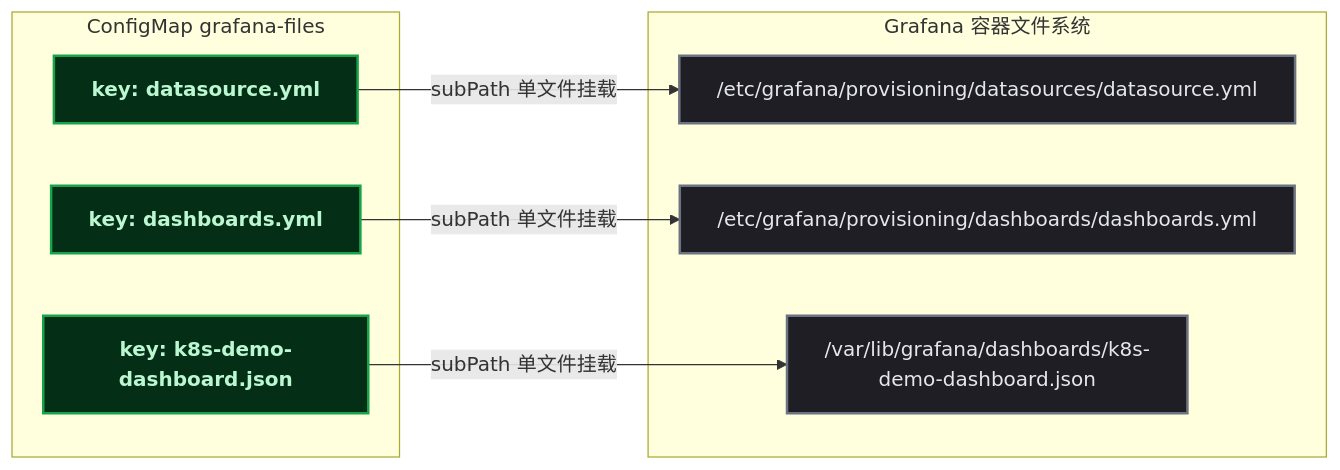
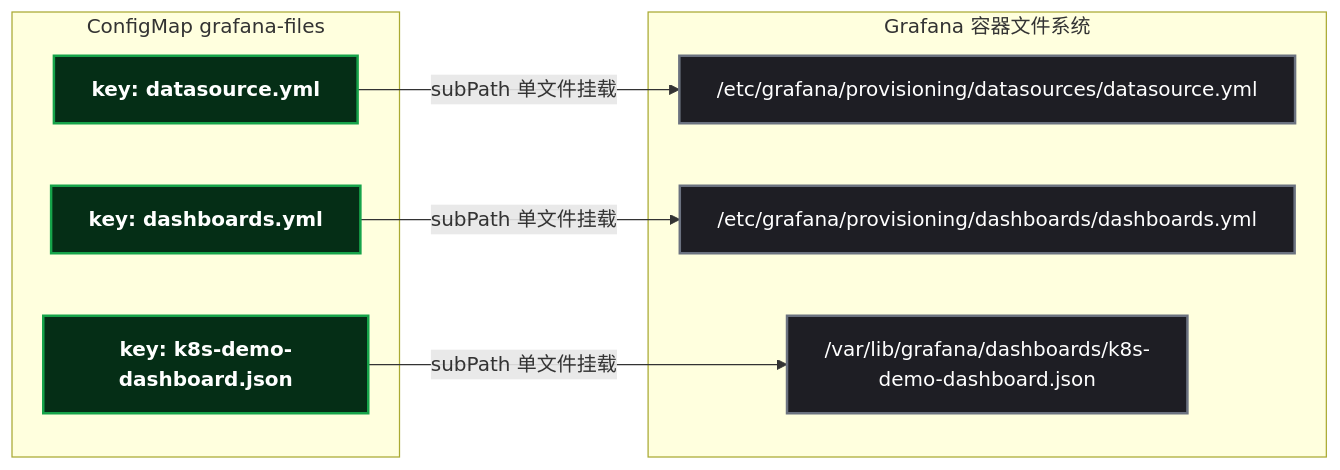
Before and after one commit to yaocat55/yaocat55.github.io: the third of 3 diagrams in content/posts/kubernetes/K8sObservabilityPractice.md, drawn with Mermaid. The commit also changed other lines of this file and 27 other files, not shown here.

Commit message:
docs: 全系列 93 张 Mermaid 图 classDef 改为 style 强制深底白字(修复部分渲染器白底浅字)+历史文件格式清理

````diff
--- a/content/posts/kubernetes/K8sObservabilityPractice.md
+++ b/content/posts/kubernetes/K8sObservabilityPractice.md
@@ -484,24 +481,25 @@
 ```mermaid
 %% 正解: 同一个 ConfigMap, subPath 逐个挂到目标子目录
 flowchart LR
-    classDef data fill:#052e16,stroke:#16a34a,stroke-width:2px,color:#bbf7d0,font-weight:bold;
-    classDef process fill:#1e1e24,stroke:#6b7280,stroke-width:2px,color:#e5e7eb;
 
     subgraph CM["ConfigMap grafana-files"]
         K1["key: datasource.yml"]
         K2["key: dashboards.yml"]
         K3["key: k8s-demo-dashboard.json"]
     end
     subgraph VOL["Grafana 容器文件系统"]
         D1["/etc/grafana/provisioning/datasources/datasource.yml"]
         D2["/etc/grafana/provisioning/dashboards/dashboards.yml"]
         D3["/var/lib/grafana/dashboards/k8s-demo-dashboard.json"]
     end
 
     K1 -->|"subPath 单文件挂载"| D1
     K2 -->|"subPath 单文件挂载"| D2
     K3 -->|"subPath 单文件挂载"| D3
-
-    class K1,K2,K3 data;
-    class D1,D2,D3 process;
+    style K1 fill:#052e16,stroke:#16a34a,stroke-width:2px,color:#ffffff,font-weight:bold
+    style K2 fill:#052e16,stroke:#16a34a,stroke-width:2px,color:#ffffff,font-weight:bold
+    style K3 fill:#052e16,stroke:#16a34a,stroke-width:2px,color:#ffffff,font-weight:bold
+    style D1 fill:#1e1e24,stroke:#6b7280,stroke-width:2px,color:#ffffff
+    style D2 fill:#1e1e24,stroke:#6b7280,stroke-width:2px,color:#ffffff
+    style D3 fill:#1e1e24,stroke:#6b7280,stroke-width:2px,color:#ffffff
 ```
````
